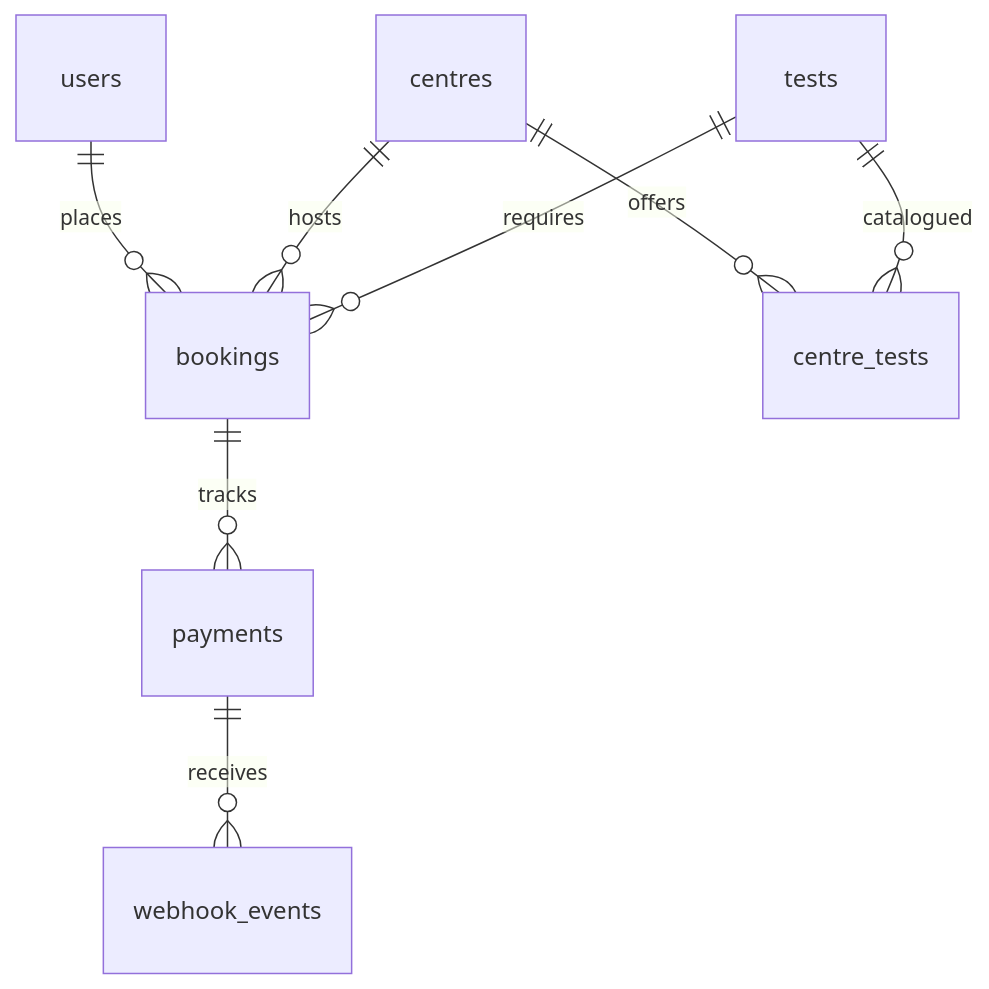
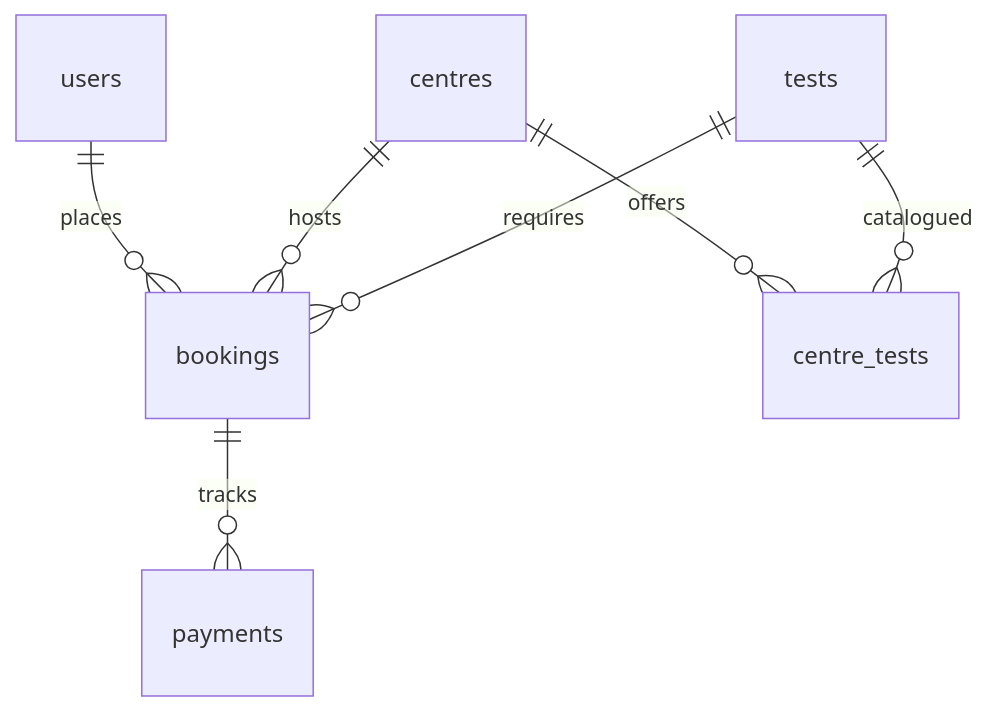
Before and after one commit to a-kkuuu/eve-diagnostics-backend: the diagram in README.md, drawn with Mermaid. The commit also changed other lines of this file, not shown here.

````diff
--- a/README.md
+++ b/README.md
@@ -122,10 +106,9 @@
 ```mermaid
 erDiagram
     users ||--o{ bookings : places
     centres ||--o{ centre_tests : offers
     tests ||--o{ centre_tests : catalogued
     centres ||--o{ bookings : hosts
     tests ||--o{ bookings : requires
     bookings ||--o{ payments : tracks
-    payments ||--o{ webhook_events : receives
 ```
````
